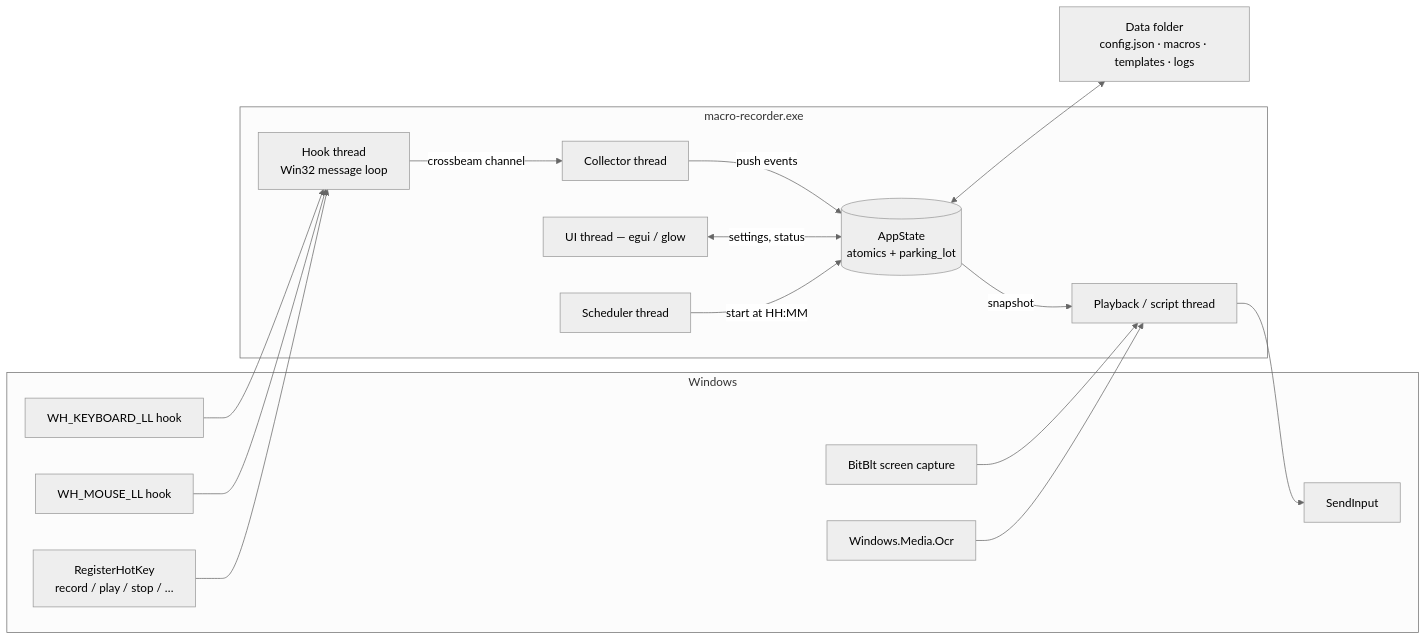
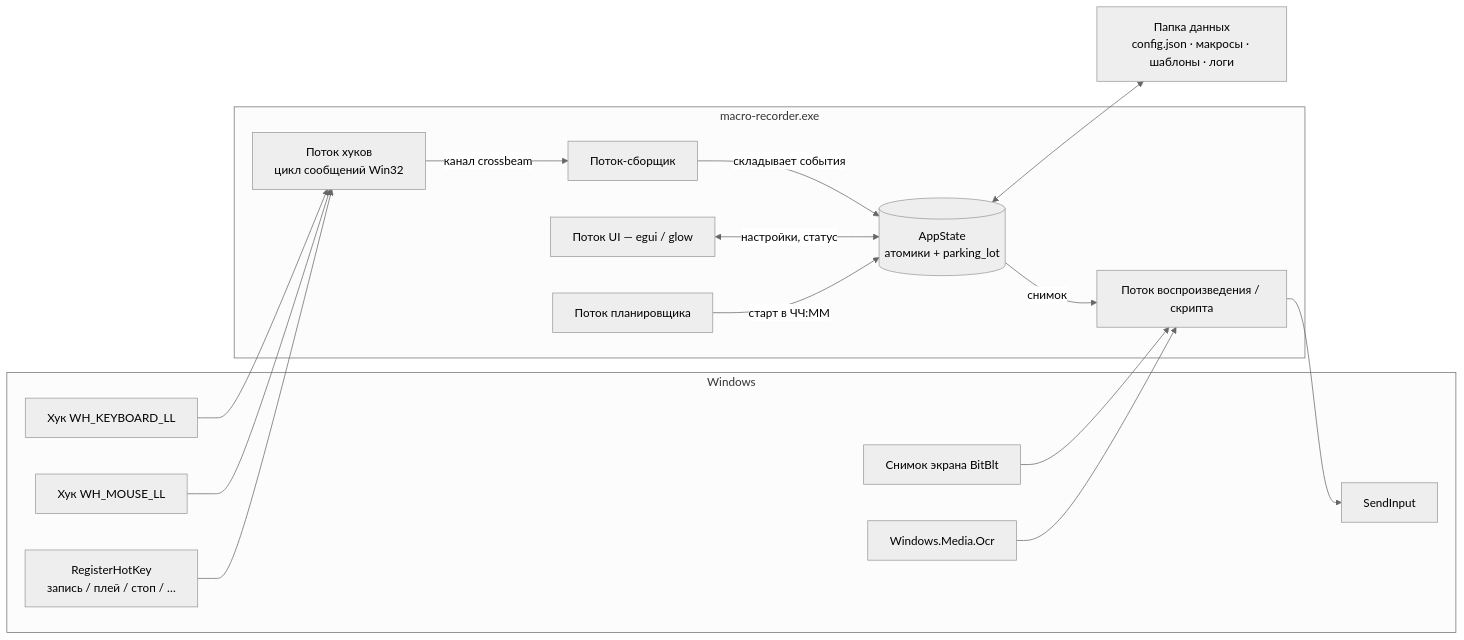
The first of 4 diagrams in README.md (blackixxce12/Macro-Recorder), drawn with Mermaid (neutral theme) before and after one commit. The commit also changed other lines of this file, not shown here.

````diff
--- a/README.md
+++ b/README.md
@@ -269,35 +267,35 @@
 ```mermaid
 flowchart LR
     subgraph OS["Windows"]
-        KB["WH_KEYBOARD_LL hook"]
-        MS["WH_MOUSE_LL hook"]
-        HK["RegisterHotKey<br/>record / play / stop / …"]
+        KB["Хук WH_KEYBOARD_LL"]
+        MS["Хук WH_MOUSE_LL"]
+        HK["RegisterHotKey<br/>запись / плей / стоп / …"]
         SI["SendInput"]
-        GDI["BitBlt screen capture"]
+        GDI["Снимок экрана BitBlt"]
         OCRW["Windows.Media.Ocr"]
     end
 
     subgraph APP["macro-recorder.exe"]
-        T1["Hook thread<br/>Win32 message loop"]
-        T2["Collector thread"]
-        T3["Playback / script thread"]
-        T4["UI thread — egui / glow"]
-        T5["Scheduler thread"]
-        ST[("AppState<br/>atomics + parking_lot")]
+        T1["Поток хуков<br/>цикл сообщений Win32"]
+        T2["Поток-сборщик"]
+        T3["Поток воспроизведения / скрипта"]
+        T4["Поток UI — egui / glow"]
+        T5["Поток планировщика"]
+        ST[("AppState<br/>атомики + parking_lot")]
     end
 
-    FS["Data folder<br/>config.json · macros · templates · logs"]
+    FS["Папка данных<br/>config.json · макросы · шаблоны · логи"]
 
     KB --> T1
     MS --> T1
     HK --> T1
-    T1 -->|"crossbeam channel"| T2
-    T2 -->|"push events"| ST
-    T4 <-->|"settings, status"| ST
-    ST -->|"snapshot"| T3
-    T5 -->|"start at HH:MM"| ST
+    T1 -->|"канал crossbeam"| T2
+    T2 -->|"складывает события"| ST
+    T4 <-->|"настройки, статус"| ST
+    ST -->|"снимок"| T3
+    T5 -->|"старт в ЧЧ:ММ"| ST
     T3 --> SI
     GDI --> T3
     OCRW --> T3
     ST <--> FS
 ```
````
